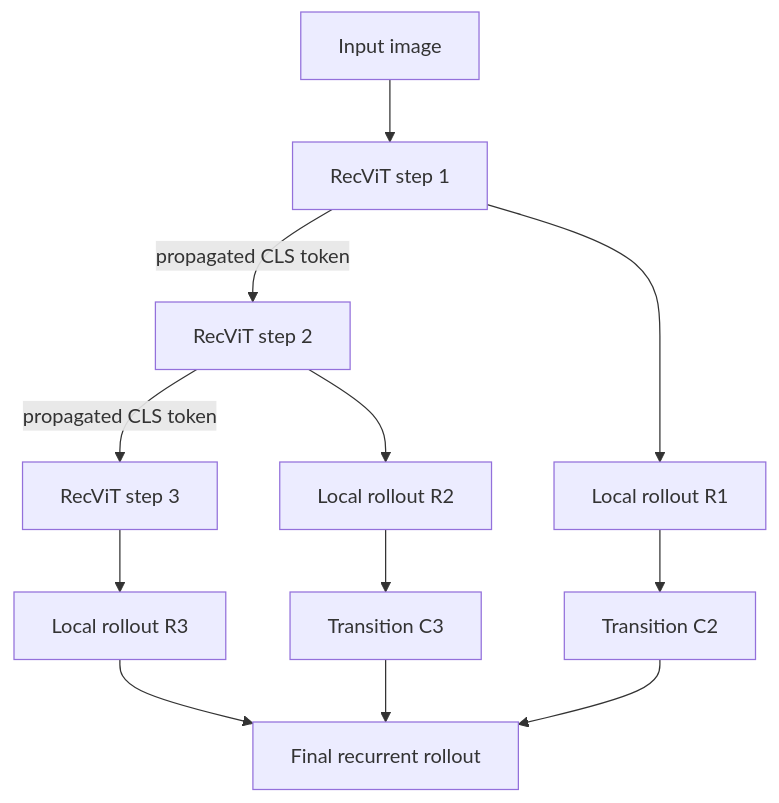
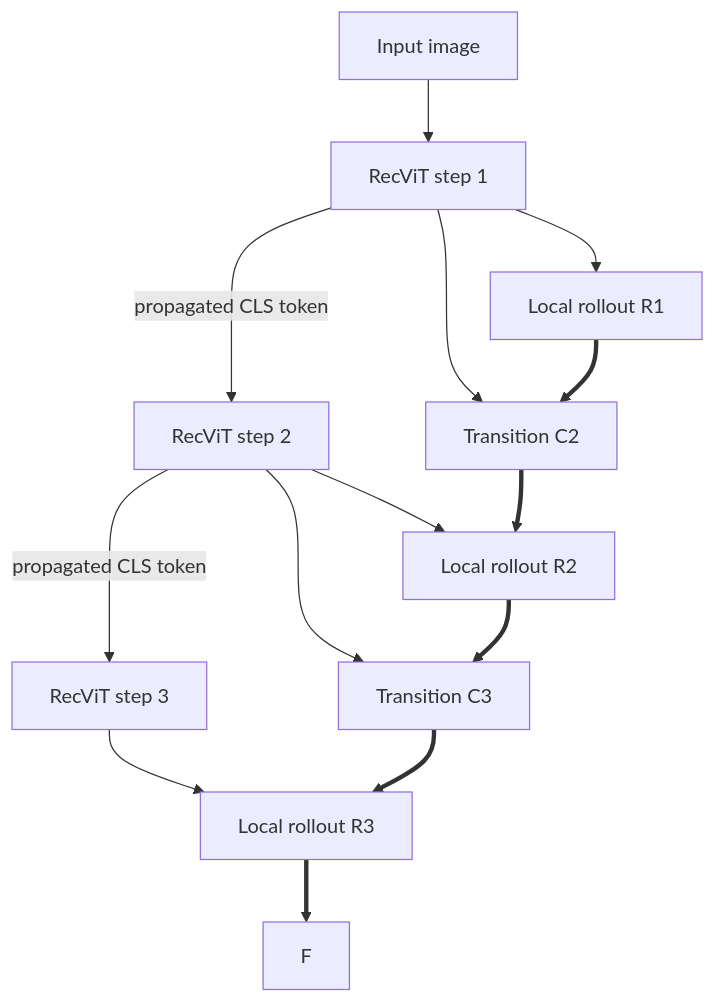
Before and after one commit to m-shaforostov/rec-vit-attention-rollout: the diagram in README.md, drawn with Mermaid. The commit also changed other lines of this file and 56 other files, not shown here.

````diff
--- a/README.md
+++ b/README.md
@@ -64,16 +64,18 @@
 ```mermaid
 flowchart TB
     I["Input image"] --> S1["RecViT step 1"]
     S1 -->|"propagated CLS token"| S2["RecViT step 2"]
     S2 -->|"propagated CLS token"| S3["RecViT step 3"]
 
     S1 --> R1["Local rollout R1"]
+    S1 --> C2["Transition C2"]
     S2 --> R2["Local rollout R2"]
+    S2 --> C3["Transition C3"]
     S3 --> R3["Local rollout R3"]
 
-    R1 --> C2["Transition C2"]
-    R2 --> C3["Transition C3"]
-    R3 --> F["Final recurrent rollout"]
-    C2 --> F
-    C3 --> F
+    R1 ==> C2
+    C2 ==> R2
+    R2 ==> C3
+    C3 ==> R3
+    R3 ==> F
 ```
````
